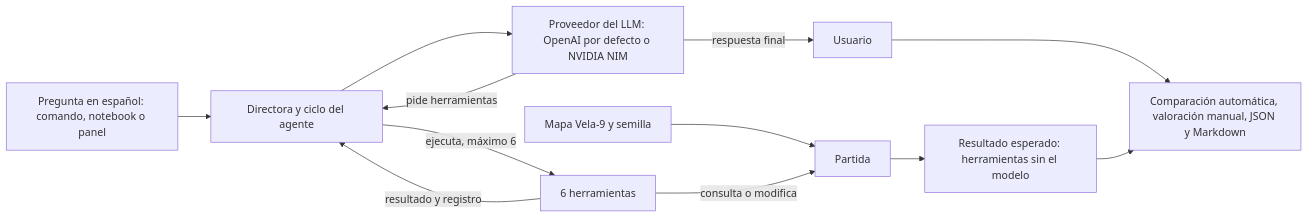
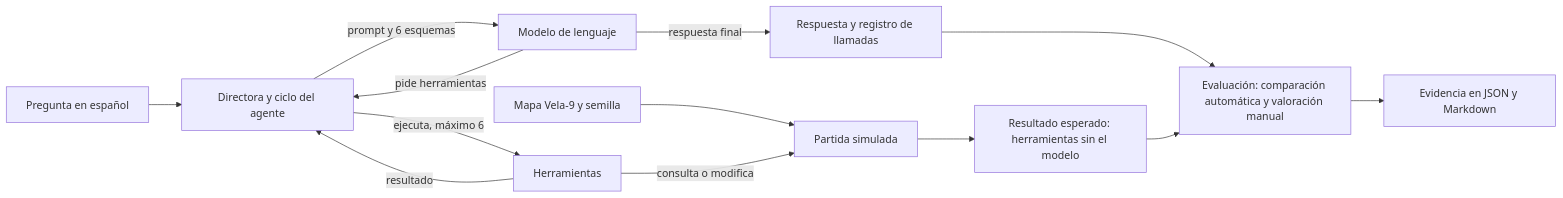
Before and after one commit to jalvarez01/Xenomorfo-Q: the first of 2 diagrams in README.md, drawn with Mermaid. The commit also changed other lines of this file, not shown here.

````diff
--- a/README.md
+++ b/README.md
@@ -44,14 +77,15 @@
 ```mermaid
 flowchart LR
-    A["Mapa Vela-9 y semilla"] --> B["Partida"]
-    P["Pregunta en español: comando, notebook o panel"] --> C["Directora y ciclo del agente"]
-    C --> E["Proveedor del LLM: OpenAI por defecto o NVIDIA NIM"]
+    A["Mapa Vela-9 y semilla"] --> B["Partida simulada"]
+    P["Pregunta en español"] --> C["Directora y ciclo del agente"]
+    C -->|"prompt y 6 esquemas"| E["Modelo de lenguaje"]
     E -->|"pide herramientas"| C
-    C -->|"ejecuta, máximo 6"| D["6 herramientas"]
+    C -->|"ejecuta, máximo 6"| D["Herramientas"]
     D -->|"consulta o modifica"| B
-    D -->|"resultado y registro"| C
-    E -->|"respuesta final"| F["Usuario"]
+    D -->|"resultado"| C
+    E -->|"respuesta final"| R["Respuesta y registro de llamadas"]
     B --> G["Resultado esperado: herramientas sin el modelo"]
-    F --> H["Comparación automática, valoración manual, JSON y Markdown"]
+    R --> H["Evaluación: comparación automática y valoración manual"]
     G --> H
+    H --> S["Evidencia en JSON y Markdown"]
 ```
````
